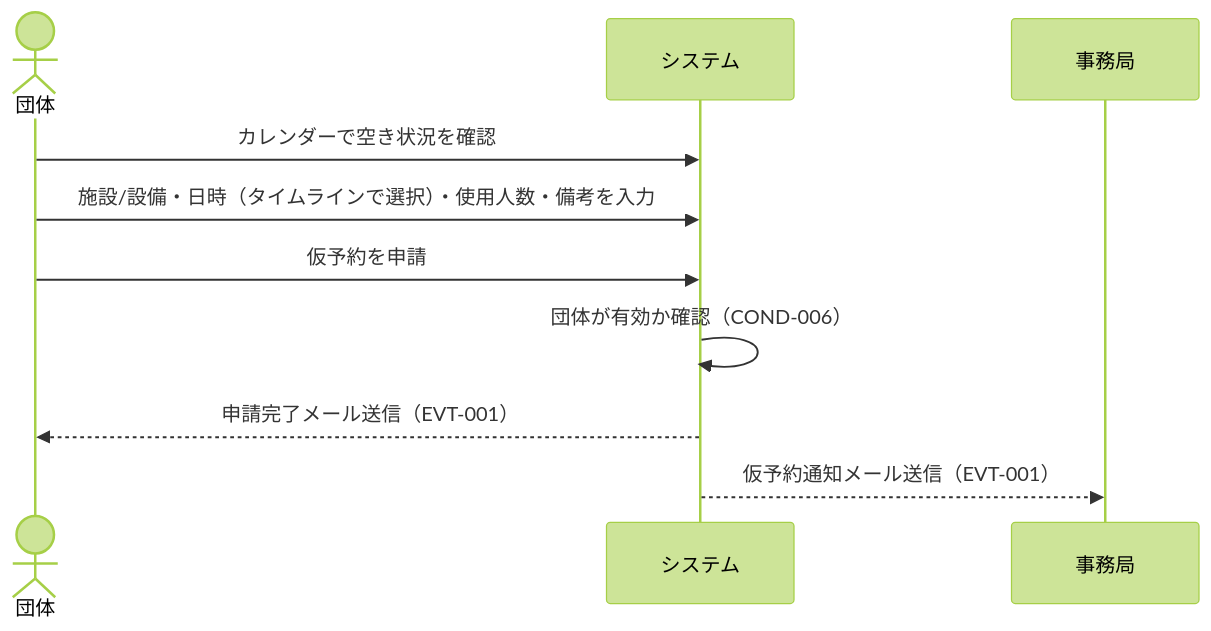
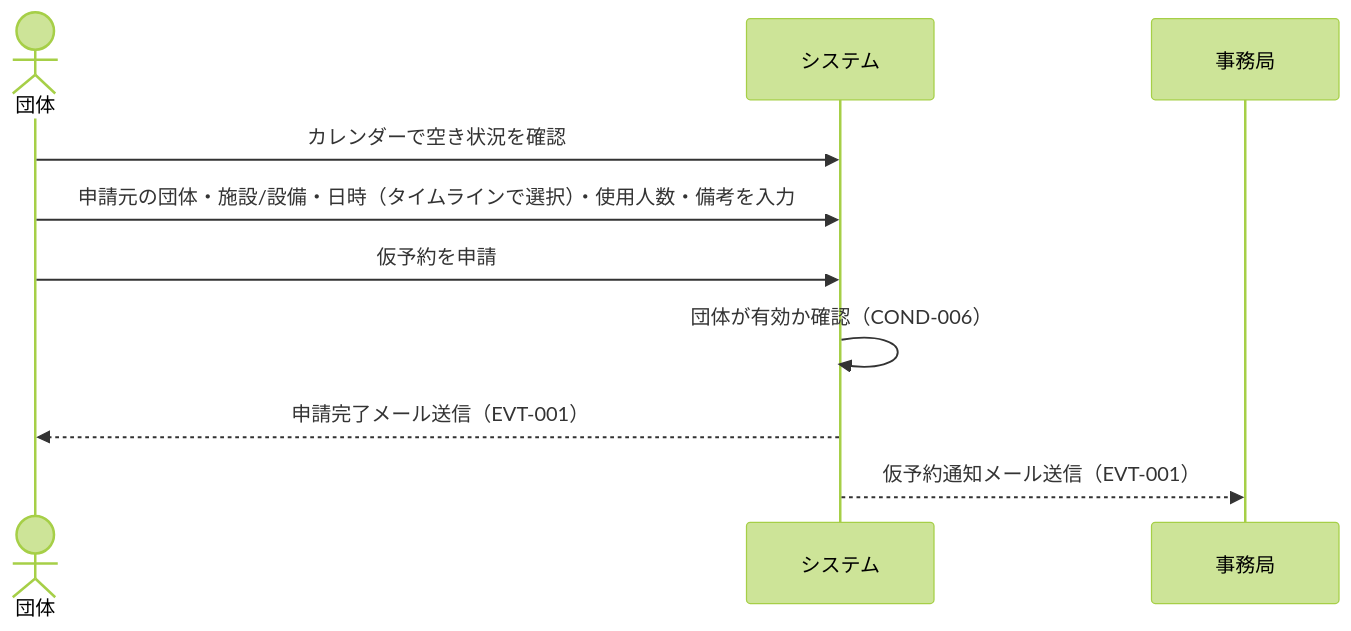
Before and after one commit to gdsc-osaka/iclub-reserve: the third of 8 diagrams in rdra/contexts/reservation-application.md, drawn with Mermaid (forest theme). The commit also changed other lines of this file and 4 other files, not shown here.

````diff
--- a/rdra/contexts/reservation-application.md
+++ b/rdra/contexts/reservation-application.md
@@ -226,13 +227,13 @@
 ```mermaid
 sequenceDiagram
     actor 団体
     participant システム
     participant 事務局
 
     団体->>システム: カレンダーで空き状況を確認
-    団体->>システム: 施設/設備・日時（タイムラインで選択）・使用人数・備考を入力
+    団体->>システム: 申請元の団体・施設/設備・日時（タイムラインで選択）・使用人数・備考を入力
     団体->>システム: 仮予約を申請
     システム->>システム: 団体が有効か確認（COND-006）
     システム-->>団体: 申請完了メール送信（EVT-001）
     システム-->>事務局: 仮予約通知メール送信（EVT-001）
 ```
````
